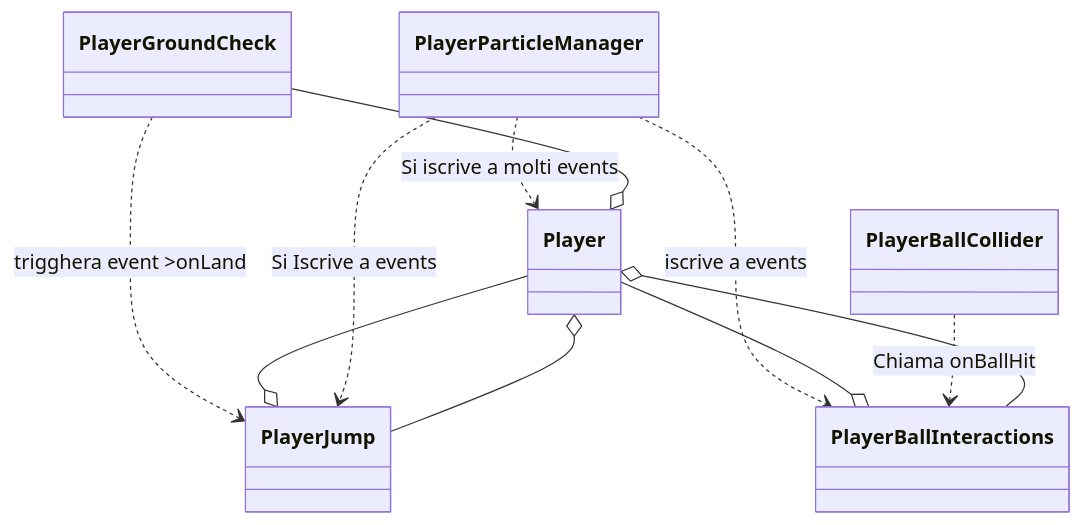
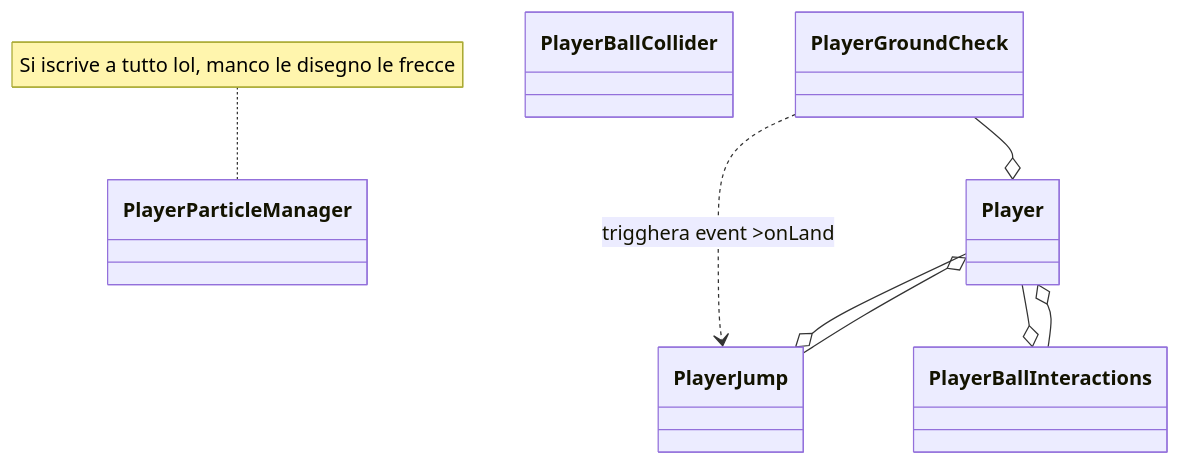
The diagram in Assets/Scripts/Player/PlayerScriptsLogic.md (0pow-pow0/RumbleSmash), drawn with Mermaid before and after one commit. The commit also changed 118 other files, not shown here.

````diff
--- a/Assets/Scripts/Player/PlayerScriptsLogic.md
+++ b/Assets/Scripts/Player/PlayerScriptsLogic.md
@@ -1,49 +1,47 @@
 ```mermaid
 classDiagram
 
+class PlayerParticleManager {
+
+}
 class Player {
 
 }
 
 class PlayerJump {
 
 }
 
 class PlayerBallInteractions {
 
 }
 
 class PlayerGroundCheck { 
 
 }
 
 class PlayerBallCollider {
 
 }
 
-class PlayerParticleManager {
 
-}
+
+
+
 
 
 
 PlayerGroundCheck ..> PlayerJump : trigghera event >onLand
-
-PlayerParticleManager ..> Player : Si iscrive a molti events
-PlayerParticleManager ..> PlayerBallInteractions : iscrive a events
-
-
 PlayerGroundCheck --o Player
 
 PlayerJump --o Player
 PlayerBallInteractions --o Player
 
 Player --o PlayerJump
 Player --o PlayerBallInteractions
 
-PlayerParticleManager ..> PlayerJump : Si Iscrive a events
-PlayerBallCollider ..> PlayerBallInteractions : Chiama onBallHit 
 
+note for PlayerParticleManager "Si iscrive a tutto lol, manco le disegno le frecce"
 
 
 ```
````
